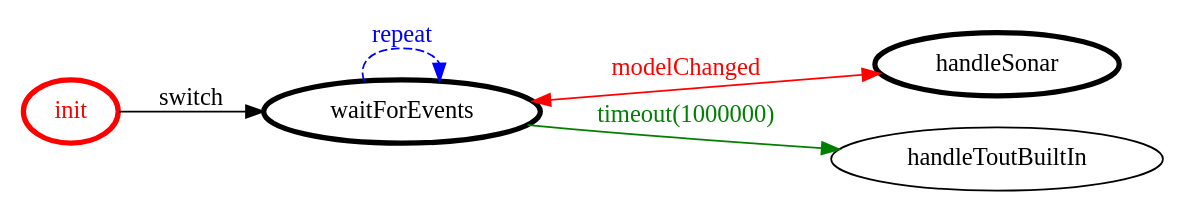
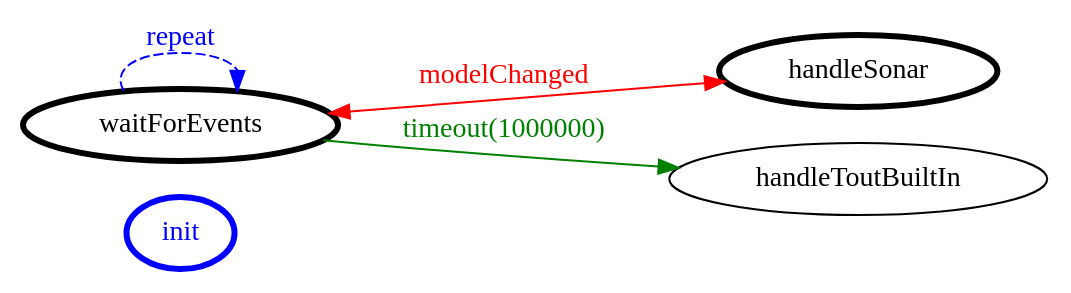
The diagram in src/sprint6/impl/it.unibo.finaltask2018.impl/srcMore/it/unibo/sonar_checker/sonar_checker.gv (LucaBonfi95/ISSM_Tema_Finale_2018), drawn with Graphviz before and after one commit. The commit also changed 27 other files, not shown here.

```diff
--- a/src/sprint6/impl/it.unibo.finaltask2018.impl/srcMore/it/unibo/sonar_checker/sonar_checker.gv
+++ b/src/sprint6/impl/it.unibo.finaltask2018.impl/srcMore/it/unibo/sonar_checker/sonar_checker.gv
@@ -1,20 +1,20 @@
 /*
 *
 * A GraphViz DOT FSM description 
 * Please use a GraphViz visualizer (like http://www.webgraphviz.com)
 *  
 */
 
 digraph finite_state_machine {
 	rankdir=LR
 	size="8,5"
 	
 	init [ color = red ][ fontcolor = red ][ penwidth = 3 ]
 	handleSonar [ color = black ][ fontcolor = black ][ penwidth = 3 ]
 	waitForEvents [ color = black ][ fontcolor = black ][ penwidth = 3 ]
+	init [ color = blue ][ fontcolor = blue ][ penwidth = 3 ]
 	
-	init -> waitForEvents [ label = "switch" ][ color = black ][ fontcolor = black ]
 	waitForEvents -> handleToutBuiltIn [ label = "timeout(1000000)" ][ color = green ][ fontcolor = green ]
 	waitForEvents -> waitForEvents [ label = "repeat "][ style = dashed ][ color = blue ][ fontcolor = blue ]
 	waitForEvents -> handleSonar [ label = "modelChanged" ][ color = red ][ fontcolor = red ][ dir = both ]
 }
```
